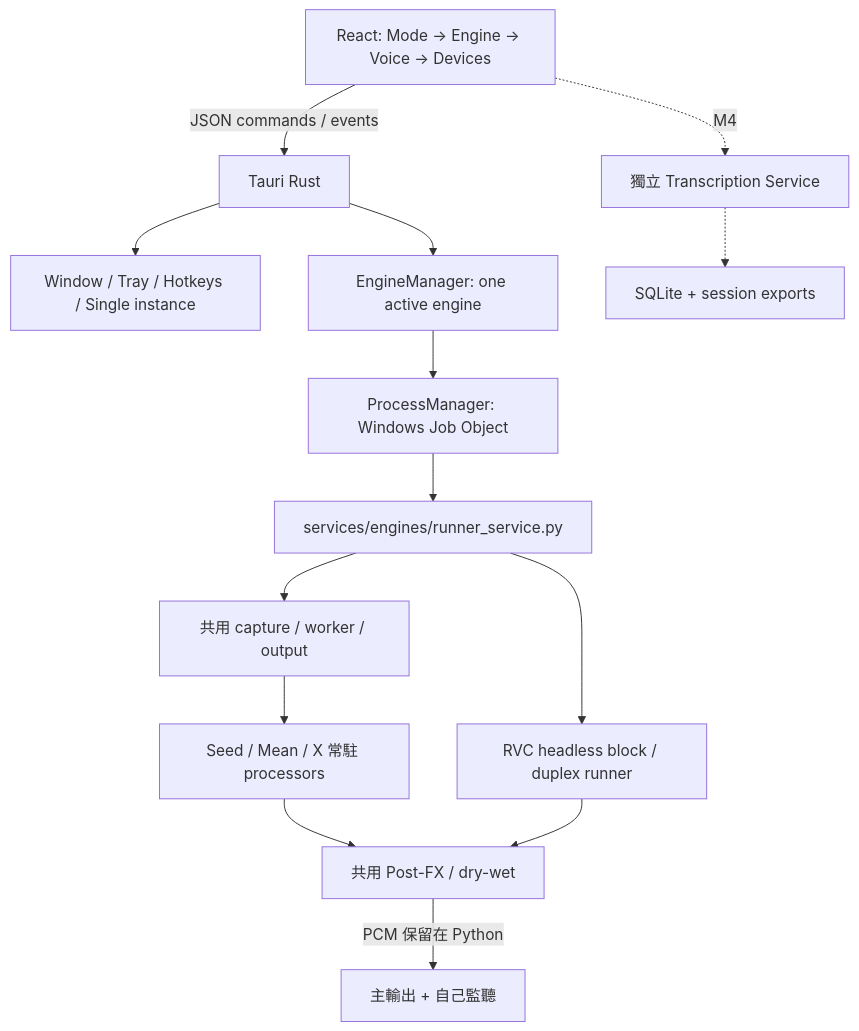
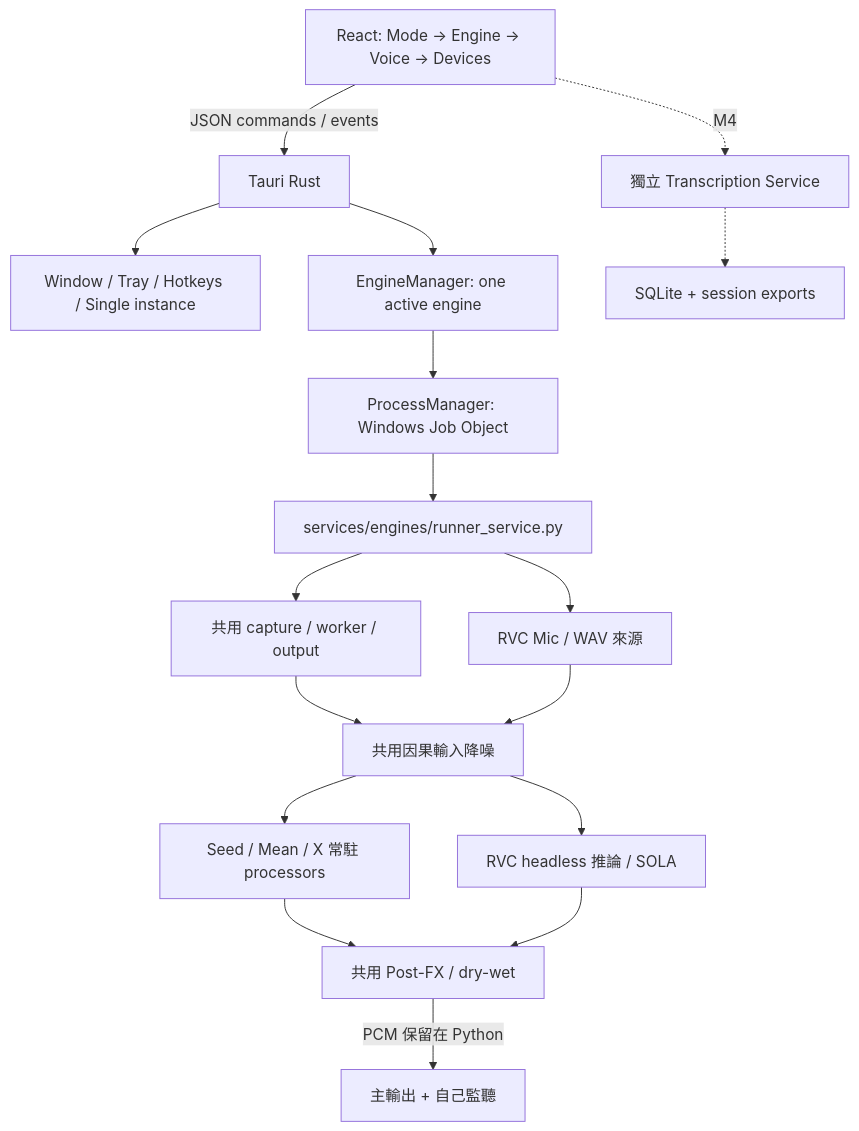
One commit to jellyfish00001/AetherTune changed the first of 2 diagrams in docs/specs/app-architecture.md. Above: the diagram before and after it, drawn with Mermaid. The commit also changed other lines of this file and 49 other files, not shown here.

````diff
--- a/docs/specs/app-architecture.md
+++ b/docs/specs/app-architecture.md
@@ -5,16 +5,19 @@
 ```mermaid
 flowchart TB
   UI[React: Mode → Engine → Voice → Devices] -->|JSON commands / events| T[Tauri Rust]
   T --> W[Window / Tray / Hotkeys / Single instance]
   T --> EM[EngineManager: one active engine]
   EM --> PM[ProcessManager: Windows Job Object]
   PM --> B[services/engines/runner_service.py]
   B --> C[共用 capture / worker / output]
-  C --> P[Seed / Mean / X 常駐 processors]
+  C --> NR[共用因果輸入降噪]
+  NR --> P[Seed / Mean / X 常駐 processors]
   P --> F[共用 Post-FX / dry-wet]
-  B --> V[RVC headless block / duplex runner]
-  V --> F
+  B --> V[RVC Mic / WAV 來源]
+  V --> NR
+  NR --> RP[RVC headless 推論 / SOLA]
+  RP --> F
   F -->|PCM 保留在 Python| R[主輸出 + 自己監聽]
   UI -. M4 .-> STT[獨立 Transcription Service]
   STT -.-> DB[SQLite + session exports]
 ```
````
